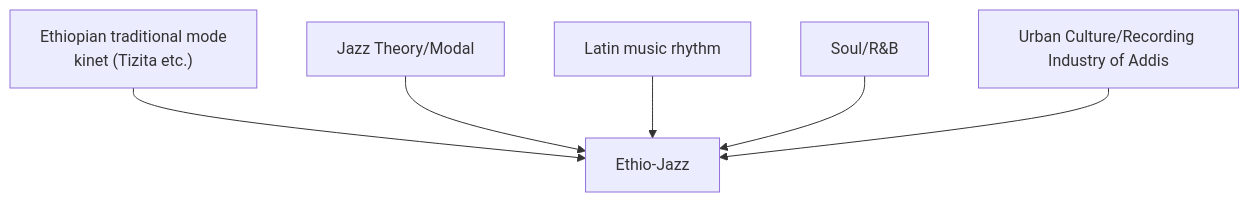
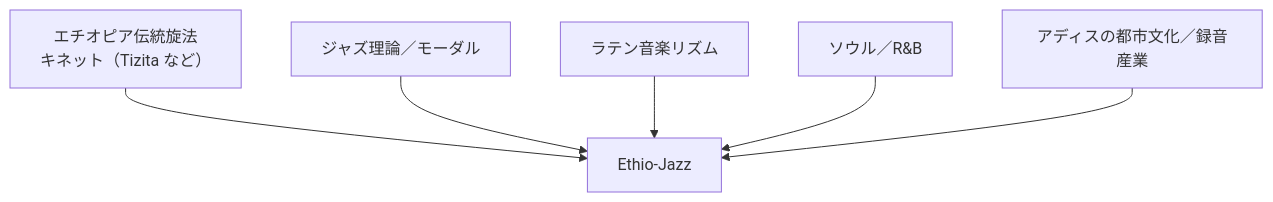
The first of 3 diagrams in en/_posts/2025-12-01-column-ethio-jazz.md (monumental-movement/monumental-movement.github.io), drawn with Mermaid before and after one commit. The commit also changed other lines of this file and 2196 other files, not shown here.

```diff
--- a/en/_posts/2025-12-01-column-ethio-jazz.md
+++ b/en/_posts/2025-12-01-column-ethio-jazz.md
@@ -112,8 +111,8 @@
 <div class="mermaid">
 flowchart TD
-    A["Ethiopian traditional mode<br>kinet (Tizita etc.)"] --> F["Ethio-Jazz"]
-    B["Jazz Theory/Modal"] --> F
-    C["Latin music rhythm"] --> F
-    D["Soul/R&B"] --> F
-    E["Urban Culture/Recording Industry of Addis"] --> F
+    A["エチオピア伝統旋法<br>キネット（Tizita など）"] --> F["Ethio-Jazz"]
+    B["ジャズ理論／モーダル"] --> F
+    C["ラテン音楽リズム"] --> F
+    D["ソウル／R&B"] --> F
+    E["アディスの都市文化／録音産業"] --> F
 </div>
```
